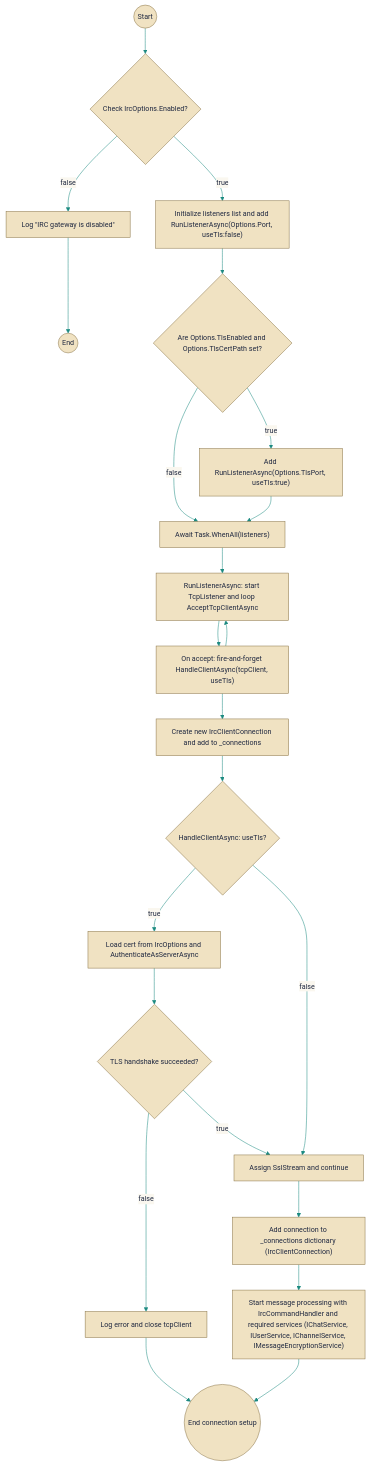
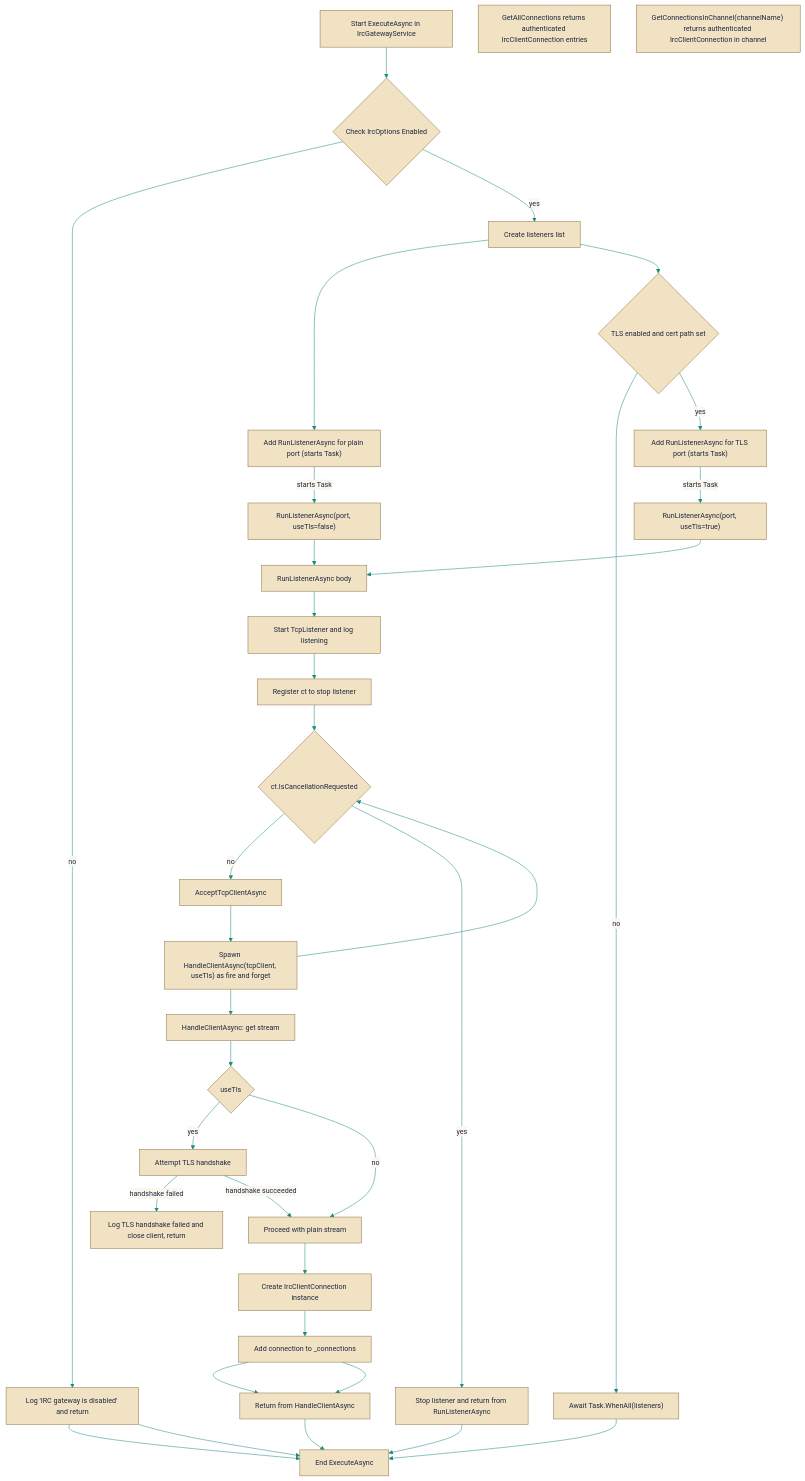
The diagram in docs/auriondocs/Code/src/EchoHub.Server.Irc/IrcGatewayService.cs.md (HueByte/EchoHub), drawn with Mermaid before and after one commit. The commit also changed other lines of this file and 143 other files, not shown here.

````diff
--- a/docs/auriondocs/Code/src/EchoHub.Server.Irc/IrcGatewayService.cs.md
+++ b/docs/auriondocs/Code/src/EchoHub.Server.Irc/IrcGatewayService.cs.md
@@ -8,26 +8,39 @@
 ```mermaid
 %%{init: {'theme':'base','themeVariables':{'background':'#faf7ef','primaryColor':'#f0e2c2','primaryTextColor':'#1f2840','primaryBorderColor':'#8a7548','secondaryColor':'#d9efec','secondaryBorderColor':'#1d8a80','secondaryTextColor':'#1f2840','tertiaryColor':'#f2ebd8','tertiaryBorderColor':'#8a7548','tertiaryTextColor':'#1f2840','lineColor':'#1d8a80','titleColor':'#1f2840','fontSize':'14px','edgeLabelBackground':'#faf7ef','clusterBkg':'#f2ebd8','clusterBorder':'#8a7548','actorBkg':'#f0e2c2','actorBorder':'#8a7548','actorTextColor':'#1f2840','actorLineColor':'#8a7548','signalColor':'#1d8a80','signalTextColor':'#1f2840','activationBkgColor':'#d9efec','activationBorderColor':'#1d8a80','noteBkgColor':'#f2ebd8','noteBorderColor':'#8a7548','noteTextColor':'#1f2840','labelBoxBkgColor':'#f0e2c2','labelBoxBorderColor':'#8a7548','labelTextColor':'#1f2840','transitionColor':'#1d8a80','transitionLabelColor':'#1f2840','stateLabelColor':'#1f2840','altBackground':'#f2ebd8'}}}%%
 flowchart TB
-start(("Start")) --> checkOpt{"Check IrcOptions.Enabled?"}
-checkOpt -- "false" --> logDisabled["Log #quot;IRC gateway is disabled#quot;"]
-logDisabled --> end1(("End"))
-checkOpt -- "true" --> init["Initialize listeners list and add RunListenerAsync(Options.Port, useTls:false)"]
-init --> checkTls{"Are Options.TlsEnabled and Options.TlsCertPath set?"}
-checkTls -- "true" --> addTls["Add RunListenerAsync(Options.TlsPort, useTls:true)"]
-checkTls -- "false" --> awaitAll
-addTls --> awaitAll["Await Task.WhenAll(listeners)"]
-awaitAll --> runListener["RunListenerAsync: start TcpListener and loop AcceptTcpClientAsync"]
-runListener --> acceptClient["On accept: fire-and-forget HandleClientAsync(tcpClient, useTls)"]
-acceptClient --> runListener
-acceptClient --> createConn["Create new IrcClientConnection and add to _connections"]
-createConn --> handleClient{"HandleClientAsync: useTls?"}
-handleClient -- "true" --> tlsHandshake["Load cert from IrcOptions and AuthenticateAsServerAsync"]
-tlsHandshake --> handshakeOk{"TLS handshake succeeded?"}
-handshakeOk -- "false" --> closeTcp["Log error and close tcpClient"]
-closeTcp --> endConn(("End connection setup"))
-handshakeOk -- "true" --> proceedConn["Assign SslStream and continue"]
-handleClient -- "false" --> proceedConn
-proceedConn --> addConn["Add connection to _connections dictionary (IrcClientConnection)"]
-addConn --> startProcessing["Start message processing with IrcCommandHandler and required services (IChatService, IUserService, IChannelService, IMessageEncryptionService)"]
-startProcessing --> endConn
+  Start["Start ExecuteAsync in IrcGatewayService"] --> CheckEnabled{"Check IrcOptions Enabled"}
+
+  CheckEnabled -->|"no"| LogDisabled["Log 'IRC gateway is disabled' and return"] --> End["End ExecuteAsync"]
+  CheckEnabled -->|"yes"| BuildListeners["Create listeners list"] --> AddPlainListener["Add RunListenerAsync for plain port (starts Task)"]
+
+  AddPlainListener -->|"starts Task"| RunListenerPlain["RunListenerAsync(port, useTls=false)"]
+
+  BuildListeners --> CheckTls{"TLS enabled and cert path set"}
+  CheckTls -->|"no"| WaitAll["Await Task.WhenAll(listeners)"] --> End
+  CheckTls -->|"yes"| AddTlsListener["Add RunListenerAsync for TLS port (starts Task)"]
+  AddTlsListener -->|"starts Task"| RunListenerTls["RunListenerAsync(port, useTls=true)"]
+  RunListenerPlain --> RunListenerCore
+  RunListenerTls --> RunListenerCore
+
+  RunListenerCore["RunListenerAsync body"] --> StartListener["Start TcpListener and log listening"]
+  StartListener --> RegisterCancel["Register ct to stop listener"] --> ListenerLoop{"ct.IsCancellationRequested"}
+  ListenerLoop -->|"no"| AcceptClient["AcceptTcpClientAsync"] --> SpawnHandle["Spawn HandleClientAsync(tcpClient, useTls) as fire and forget"] --> ListenerLoop
+  ListenerLoop -->|"yes"| StopListener["Stop listener and return from RunListenerAsync"]
+
+  SpawnHandle --> HandleClientStart["HandleClientAsync: get stream"] --> UseTls{"useTls"}
+  UseTls -->|"yes"| TLSHandshakeTry["Attempt TLS handshake"]
+  TLSHandshakeTry -->|"handshake failed"| TLSHandshakeFail["Log TLS handshake failed and close client, return"]
+  TLSHandshakeTry -->|"handshake succeeded"| AfterTls
+  UseTls -->|"no"| AfterTls["Proceed with plain stream"]
+
+  AfterTls --> CreateConnection["Create IrcClientConnection instance"] --> AddConnection["Add connection to _connections"] --> EndHandle["Return from HandleClientAsync"]
+
+  %% Simple getters
+  GetAll["GetAllConnections returns authenticated IrcClientConnection entries"]
+  GetInChannel["GetConnectionsInChannel(channelName) returns authenticated IrcClientConnection in channel"]
+
+  EndHandle --> End
+  LogDisabled --> End
+  StopListener --> End
+  AddConnection --> EndHandle
 ```
````
